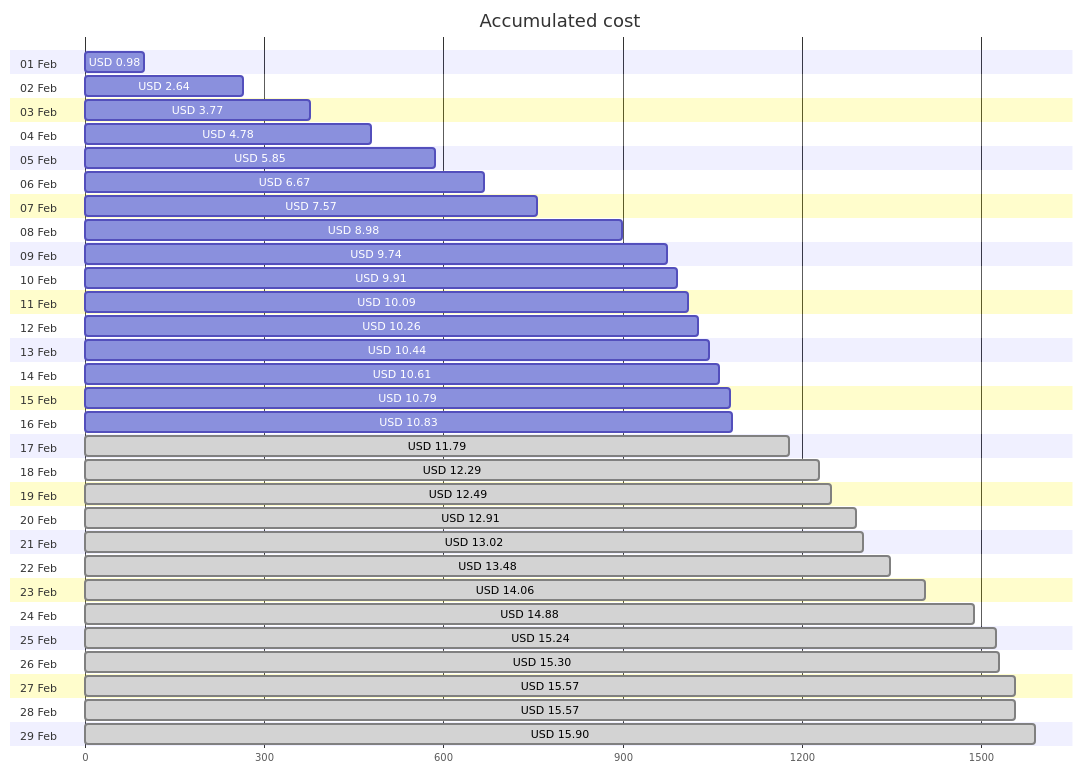
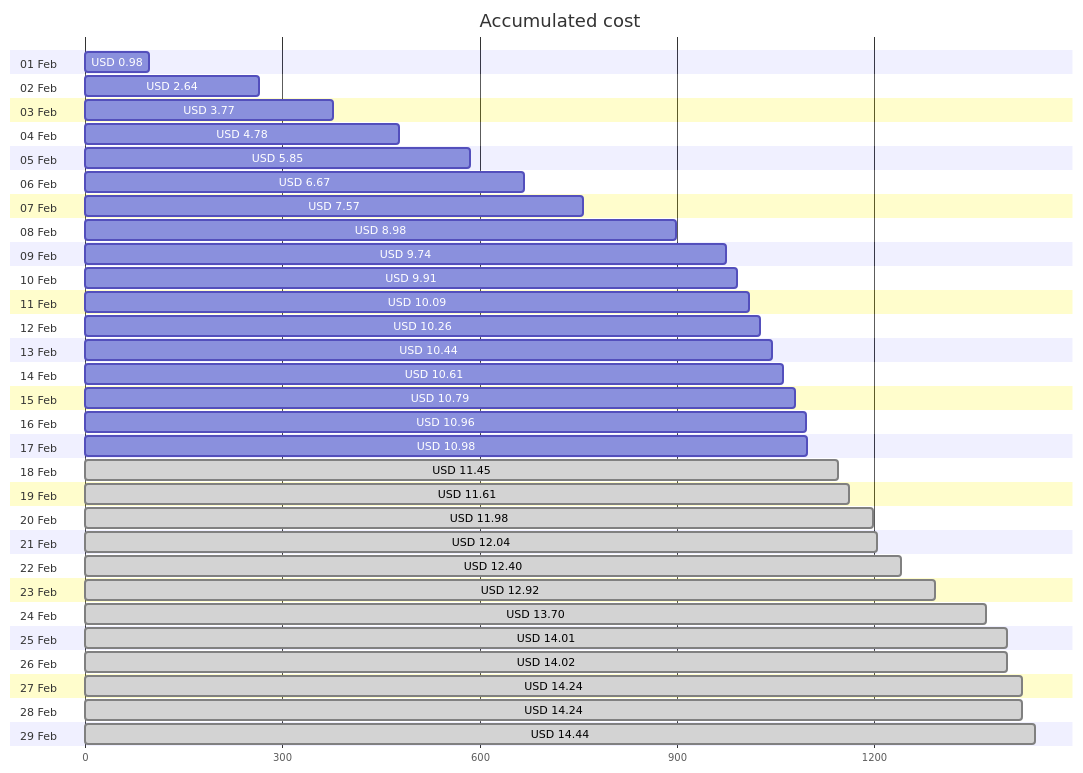
Before and after one commit to jpfulton/azure-personal-reports: the first of 4 diagrams in cost-reports/personal-network/vpn-server.md, drawn with Mermaid. The commit also changed other lines of this file and 8 other files, not shown here.

````diff
--- a/cost-reports/personal-network/vpn-server.md
+++ b/cost-reports/personal-network/vpn-server.md
@@ -20,64 +20,64 @@
 ```mermaid
 gantt
    title Accumulated cost
    dateFormat  X
    axisFormat %s
    section 01 Feb
    USD 0.98 :0, 98
    section 02 Feb
    USD 2.64 :0, 264
    section 03 Feb
    USD 3.77 :0, 377
    section 04 Feb
    USD 4.78 :0, 478
    section 05 Feb
    USD 5.85 :0, 585
    section 06 Feb
    USD 6.67 :0, 667
    section 07 Feb
    USD 7.57 :0, 757
    section 08 Feb
    USD 8.98 :0, 898
    section 09 Feb
    USD 9.74 :0, 974
    section 10 Feb
    USD 9.91 :0, 991
    section 11 Feb
    USD 10.09 :0, 1009
    section 12 Feb
    USD 10.26 :0, 1026
    section 13 Feb
    USD 10.44 :0, 1044
    section 14 Feb
    USD 10.61 :0, 1061
    section 15 Feb
    USD 10.79 :0, 1079
    section 16 Feb
-   USD 10.83 :0, 1083
+   USD 10.96 :0, 1096
    section 17 Feb
-   USD 11.79 : done, 0, 1179
+   USD 10.98 :0, 1098
    section 18 Feb
-   USD 12.29 : done, 0, 1229
+   USD 11.45 : done, 0, 1145
    section 19 Feb
-   USD 12.49 : done, 0, 1249
+   USD 11.61 : done, 0, 1161
    section 20 Feb
-   USD 12.91 : done, 0, 1291
+   USD 11.98 : done, 0, 1198
    section 21 Feb
-   USD 13.02 : done, 0, 1302
+   USD 12.04 : done, 0, 1204
    section 22 Feb
-   USD 13.48 : done, 0, 1348
+   USD 12.40 : done, 0, 1240
    section 23 Feb
-   USD 14.06 : done, 0, 1406
+   USD 12.92 : done, 0, 1292
    section 24 Feb
-   USD 14.88 : done, 0, 1488
+   USD 13.70 : done, 0, 1370
    section 25 Feb
-   USD 15.24 : done, 0, 1524
+   USD 14.01 : done, 0, 1401
    section 26 Feb
-   USD 15.30 : done, 0, 1530
+   USD 14.02 : done, 0, 1402
    section 27 Feb
-   USD 15.57 : done, 0, 1557
+   USD 14.24 : done, 0, 1424
    section 28 Feb
-   USD 15.57 : done, 0, 1557
+   USD 14.24 : done, 0, 1424
    section 29 Feb
-   USD 15.90 : done, 0, 1590
+   USD 14.44 : done, 0, 1444
 ```
````
